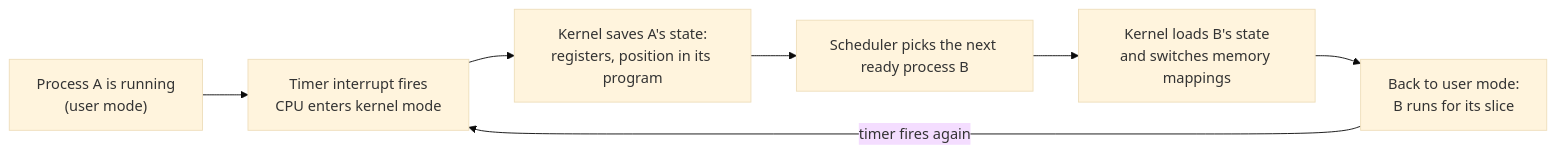
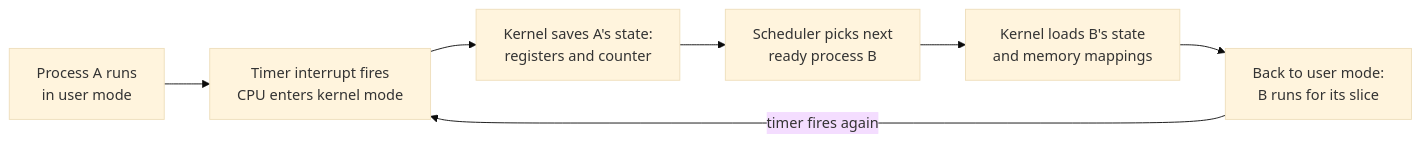
One commit to jithinpnjm/ai-infra-handbook changed the second of 5 diagrams in docs/part-01-linux/01-the-linux-big-picture-kernel-userspace-distributions.md. Above: the diagram before and after it, drawn with Mermaid (base theme). The commit also changed other lines of this file and 11 other files, not shown here.

````diff
--- a/docs/part-01-linux/01-the-linux-big-picture-kernel-userspace-distributions.md
+++ b/docs/part-01-linux/01-the-linux-big-picture-kernel-userspace-distributions.md
@@ -116,9 +125,9 @@
 ```mermaid
 flowchart LR
-  A["Process A is running<br/>(user mode)"] --> B["Timer interrupt fires<br/>CPU enters kernel mode"]
-  B --> C["Kernel saves A's state:<br/>registers, position in its program"]
-  C --> D["Scheduler picks the next ready process B"]
-  D --> E["Kernel loads B's state<br/>and switches memory mappings"]
+  A["Process A runs<br/>in user mode"] --> B["Timer interrupt fires<br/>CPU enters kernel mode"]
+  B --> C["Kernel saves A's state:<br/>registers and counter"]
+  C --> D["Scheduler picks next<br/>ready process B"]
+  D --> E["Kernel loads B's state<br/>and memory mappings"]
   E --> F["Back to user mode:<br/>B runs for its slice"]
   F -->|"timer fires again"| B
 ```
````
